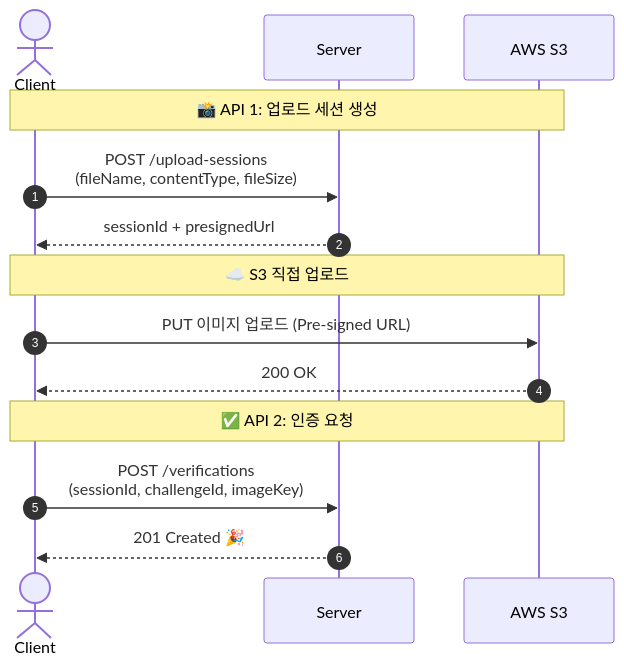
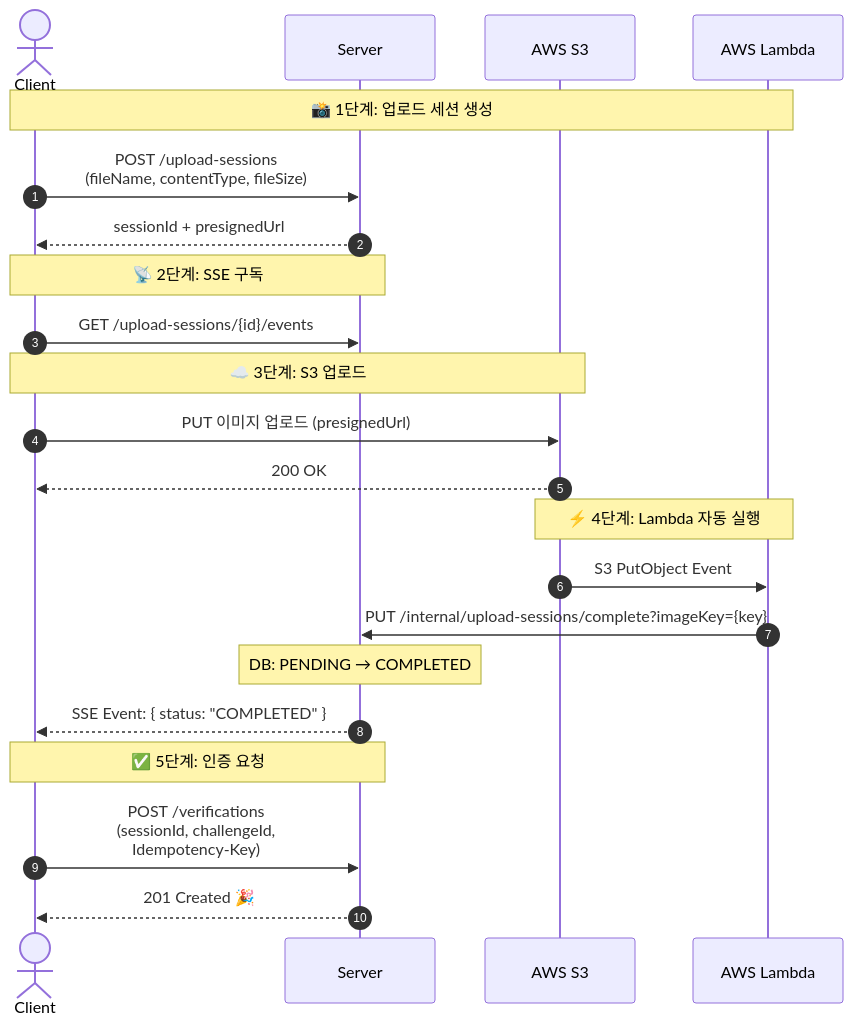
Before and after one commit to JianYang98/TriAgain: the first of 4 diagrams in docs/spec/sequence/verification.md, drawn with Mermaid. The commit also changed other lines of this file and 4 other files, not shown here.

Commit message:
docs: S3 Lambda + SSE 구현 로그 및 명세 업데이트 - 구현 로그: 전체 플로우, 설계 이슈, 변경 파일 정리 - api-spec.md 개요 5단계 플로우로 업데이트 - photo-upload-lambda-sse.md, sequence/verification.md 업데이트 - 첫 배포 가이드 추가

````diff
--- a/docs/spec/sequence/verification.md
+++ b/docs/spec/sequence/verification.md
@@ -5,22 +5,34 @@
 ```mermaid
 sequenceDiagram
     autonumber
     actor Client as Client
     participant Server as Server
     participant S3 as AWS S3
+    participant Lambda as AWS Lambda
 
-    Note over Client,S3: 📸 API 1: 업로드 세션 생성
+    Note over Client,Lambda: 📸 1단계: 업로드 세션 생성
 
     Client->>Server: POST /upload-sessions<br/>(fileName, contentType, fileSize)
     Server-->>Client: sessionId + presignedUrl
 
-    Note over Client,S3: ☁️ S3 직접 업로드
+    Note over Client,Server: 📡 2단계: SSE 구독
 
-    Client->>S3: PUT 이미지 업로드 (Pre-signed URL)
+    Client->>Server: GET /upload-sessions/{id}/events
+
+    Note over Client,S3: ☁️ 3단계: S3 업로드
+
+    Client->>S3: PUT 이미지 업로드 (presignedUrl)
     S3-->>Client: 200 OK
 
-    Note over Client,S3: ✅ API 2: 인증 요청
+    Note over S3,Lambda: ⚡ 4단계: Lambda 자동 실행
 
-    Client->>Server: POST /verifications<br/>(sessionId, challengeId, imageKey)
+    S3->>Lambda: S3 PutObject Event
+    Lambda->>Server: PUT /internal/upload-sessions/complete?imageKey={key}
+    Note over Server: DB: PENDING → COMPLETED
+    Server-->>Client: SSE Event: { status: "COMPLETED" }
+
+    Note over Client,Server: ✅ 5단계: 인증 요청
+
+    Client->>Server: POST /verifications<br/>(sessionId, challengeId,<br/>Idempotency-Key)
     Server-->>Client: 201 Created 🎉
 ```
````
